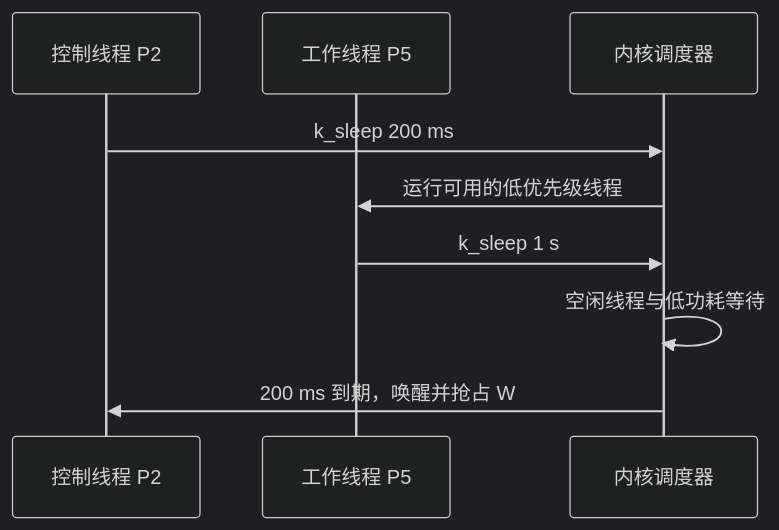
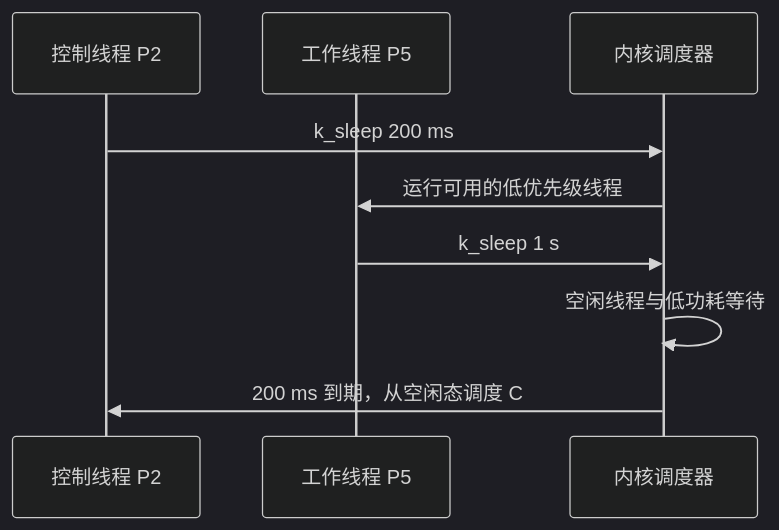
The second of 2 diagrams in docs/articles/zephyr/zephyr-05-thread-scheduling.md (cdragon-ljl/EEandEdgeAI), drawn with Mermaid (dark theme) before and after one commit. The commit also changed other lines of this file and 35 other files, not shown here.

````diff
--- a/docs/articles/zephyr/zephyr-05-thread-scheduling.md
+++ b/docs/articles/zephyr/zephyr-05-thread-scheduling.md
@@ -113,11 +239,11 @@
 ```mermaid
 sequenceDiagram
     participant C as 控制线程 P2
     participant W as 工作线程 P5
     participant K as 内核调度器
     C->>K: k_sleep 200 ms
     K->>W: 运行可用的低优先级线程
     W->>K: k_sleep 1 s
     K->>K: 空闲线程与低功耗等待
-    K->>C: 200 ms 到期，唤醒并抢占 W
+    K->>C: 200 ms 到期，从空闲态调度 C
 ```
````
